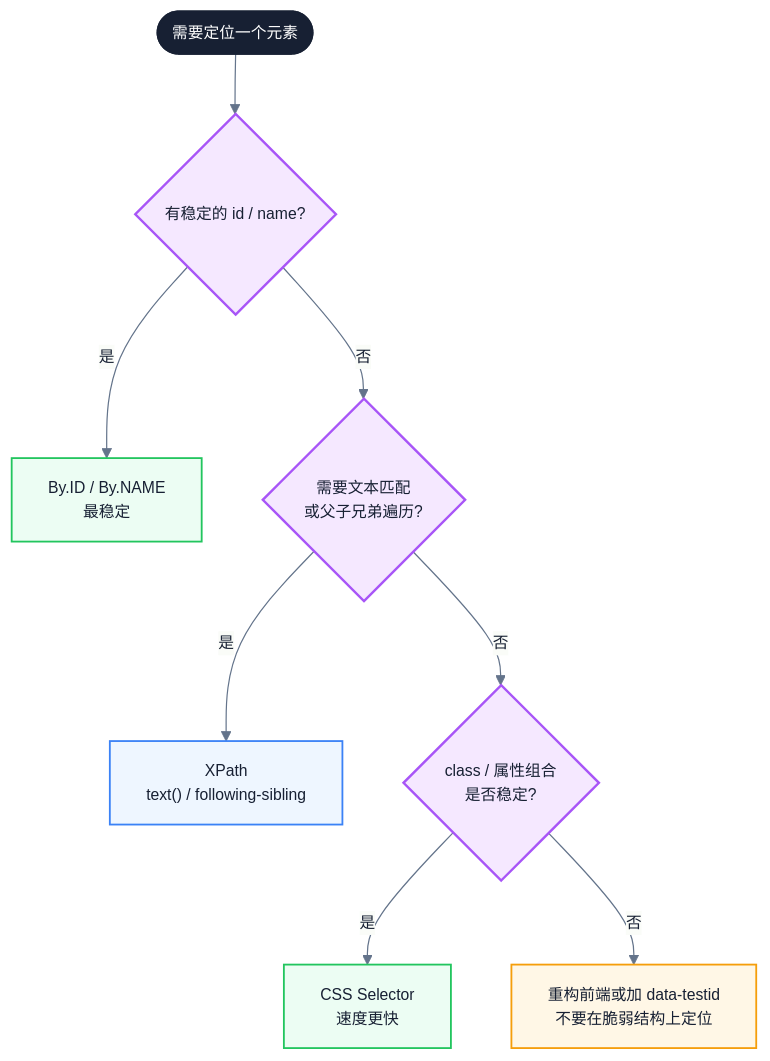
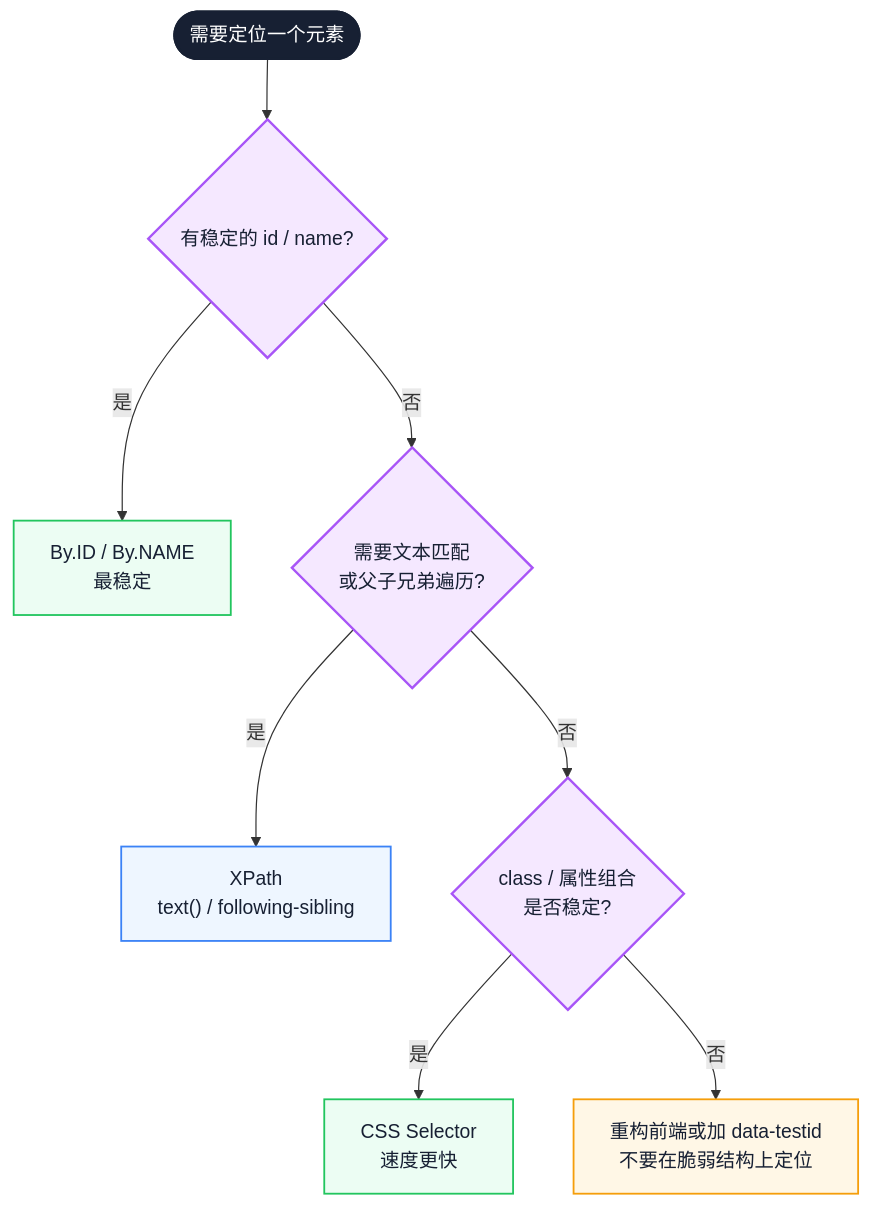
One commit to Fatejian/frontier-vault changed the third of 4 diagrams in docs/testing/python-automation-testing-core-concepts.md. Above: the diagram before and after it, drawn with Mermaid. The commit also changed other lines of this file and 41 other files, not shown here.

````diff
--- a/docs/testing/python-automation-testing-core-concepts.md
+++ b/docs/testing/python-automation-testing-core-concepts.md
@@ -462,25 +438,24 @@
 ```mermaid
-%%{init: {'theme': 'base', 'themeVariables': {'fontFamily': 'Inter, PingFang SC, Microsoft YaHei, sans-serif', 'primaryColor': '#F8FAFC', 'primaryTextColor': '#172033', 'primaryBorderColor': '#CBD5E1', 'lineColor': '#64748B', 'fontSize': '13px'}}}%%
 flowchart TB
     Start(["需要定位一个元素"])
 
     Start --> Q1{"有稳定的 id / name?"}
     Q1 -->|"是"| R1["By.ID / By.NAME<br/>最稳定"]
     Q1 -->|"否"| Q2{"需要文本匹配<br/>或父子兄弟遍历?"}
     Q2 -->|"是"| R2["XPath<br/>text() / following-sibling"]
     Q2 -->|"否"| Q3{"class / 属性组合<br/>是否稳定?"}
     Q3 -->|"是"| R3["CSS Selector<br/>速度更快"]
     Q3 -->|"否"| R4["重构前端或加 data-testid<br/>不要在脆弱结构上定位"]
 
-    classDef start fill:#172033,color:#fff,stroke:#172033,stroke-width:2px
-    classDef question fill:#F5E8FF,stroke:#A855F7,color:#172033,stroke-width:2px
+    classDef core fill:#172033,color:#fff,stroke:#172033,stroke-width:2px
+    classDef metric fill:#F5E8FF,stroke:#A855F7,color:#172033,stroke-width:2px
     classDef work fill:#ECFDF3,stroke:#22C55E,color:#172033,stroke-width:1.5px
     classDef block fill:#FFF7E6,stroke:#F59E0B,color:#172033,stroke-width:1.5px
     classDef wait fill:#EEF6FF,stroke:#3B82F6,color:#172033,stroke-width:1.5px
 
-    class Start start
-    class Q1,Q2,Q3 question
+    class Start core
+    class Q1,Q2,Q3 metric
     class R1,R3 work
     class R2 wait
     class R4 block
 ```
````
